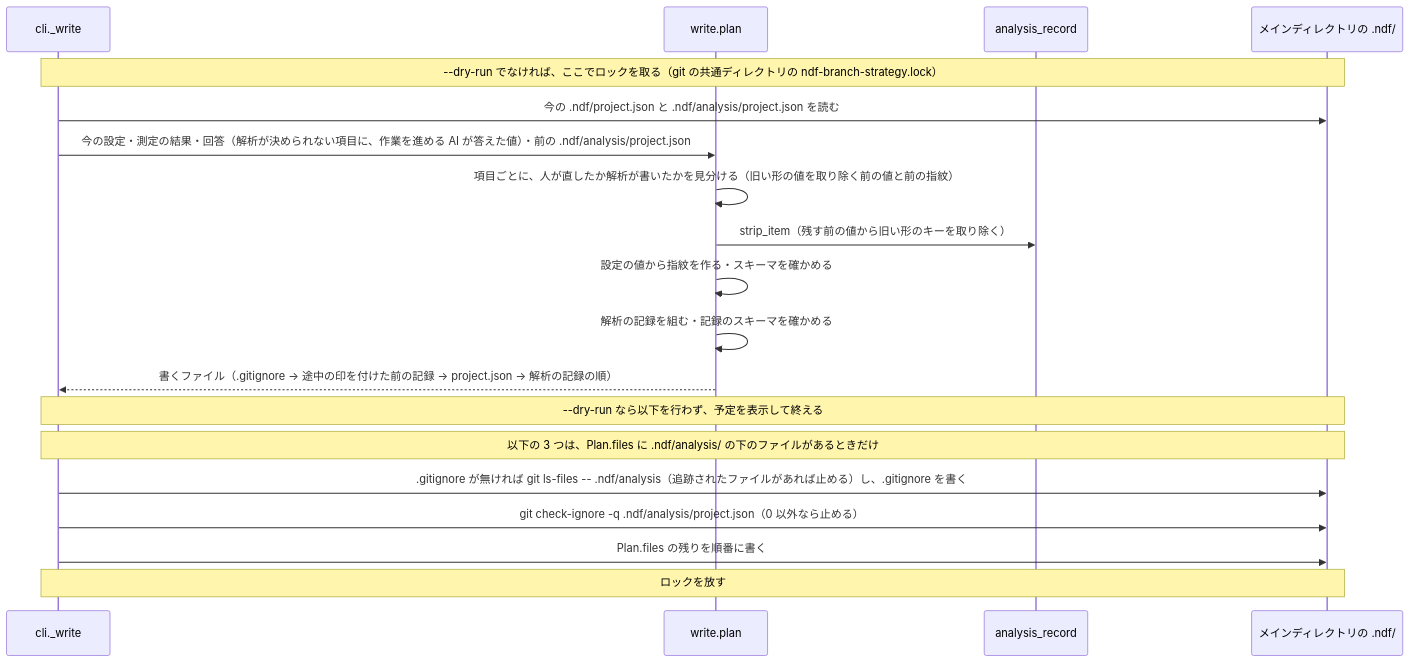
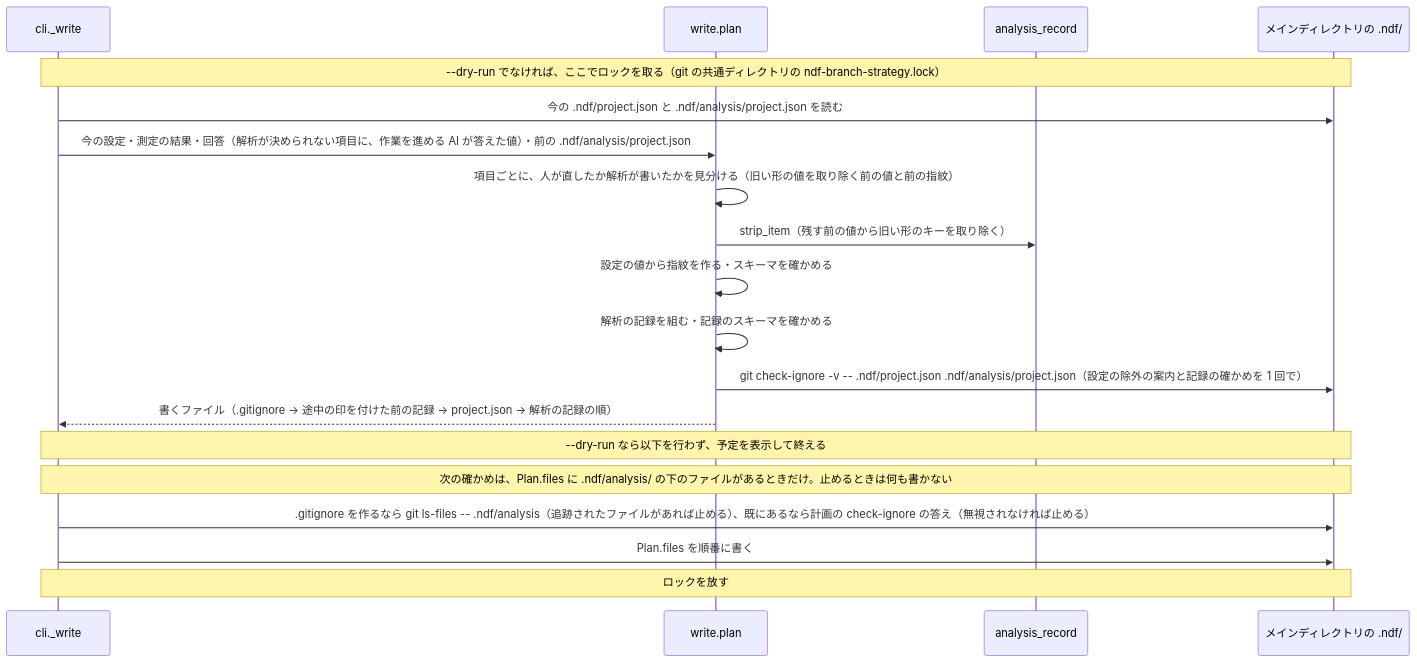
Before and after one commit to devbasex/ai-plugins: the third of 3 diagrams in issues/issue-4516-design.md, drawn with Mermaid. The commit also changed other lines of this file and 4 other files, not shown here.

First line of the commit message:
Fix: #4516 の書き出しで、記録が無視されるかを計画の git check-ignore と一緒に確かめ、止めるときは何も書かない

````diff
--- a/issues/issue-4516-design.md
+++ b/issues/issue-4516-design.md
@@ -203,21 +203,21 @@
 ```mermaid
 sequenceDiagram
   participant CLI as cli._write
   participant W as write.plan
   participant AR as analysis_record
   participant FS as メインディレクトリの .ndf/
   Note over CLI,FS: --dry-run でなければ、ここでロックを取る（git の共通ディレクトリの ndf-branch-strategy.lock）
   CLI->>FS: 今の .ndf/project.json と .ndf/analysis/project.json を読む
   CLI->>W: 今の設定・測定の結果・回答（解析が決められない項目に、作業を進める AI が答えた値）・前の .ndf/analysis/project.json
   W->>W: 項目ごとに、人が直したか解析が書いたかを見分ける（旧い形の値を取り除く前の値と前の指紋）
   W->>AR: strip_item（残す前の値から旧い形のキーを取り除く）
   W->>W: 設定の値から指紋を作る・スキーマを確かめる
   W->>W: 解析の記録を組む・記録のスキーマを確かめる
+  W->>FS: git check-ignore -v -- .ndf/project.json .ndf/analysis/project.json（設定の除外の案内と記録の確かめを 1 回で）
   W-->>CLI: 書くファイル（.gitignore → 途中の印を付けた前の記録 → project.json → 解析の記録の順）
   Note over CLI,FS: --dry-run なら以下を行わず、予定を表示して終える
-  Note over CLI,FS: 以下の 3 つは、Plan.files に .ndf/analysis/ の下のファイルがあるときだけ
-  CLI->>FS: .gitignore が無ければ git ls-files -- .ndf/analysis（追跡されたファイルがあれば止める）し、.gitignore を書く
-  CLI->>FS: git check-ignore -q .ndf/analysis/project.json（0 以外なら止める）
-  CLI->>FS: Plan.files の残りを順番に書く
+  Note over CLI,FS: 次の確かめは、Plan.files に .ndf/analysis/ の下のファイルがあるときだけ。止めるときは何も書かない
+  CLI->>FS: .gitignore を作るなら git ls-files -- .ndf/analysis（追跡されたファイルがあれば止める）、既にあるなら計画の check-ignore の答え（無視されなければ止める）
+  CLI->>FS: Plan.files を順番に書く
   Note over CLI,FS: ロックを放す
 ```
````
